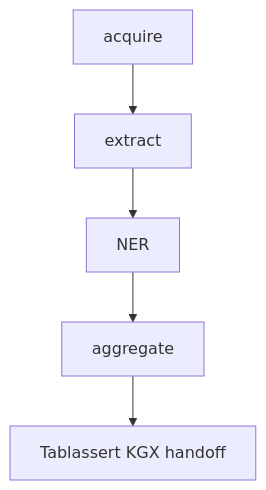
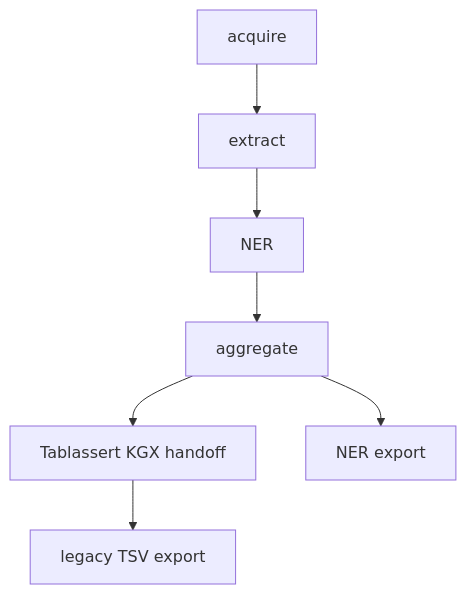
The diagram in README.md (glusman-team/dakp), drawn with Mermaid before and after one commit. The commit also changed other lines of this file, not shown here.

Commit message:
docs: align the README with the NER export rename

````diff
--- a/README.md
+++ b/README.md
@@ -16,4 +16,6 @@
 ```mermaid
 flowchart TD
     acquire --> extract --> NER --> aggregate --> tablassert["Tablassert KGX handoff"]
+    tablassert --> legacy["legacy TSV export"]
+    aggregate --> nerexport["NER export"]
 ```
````
